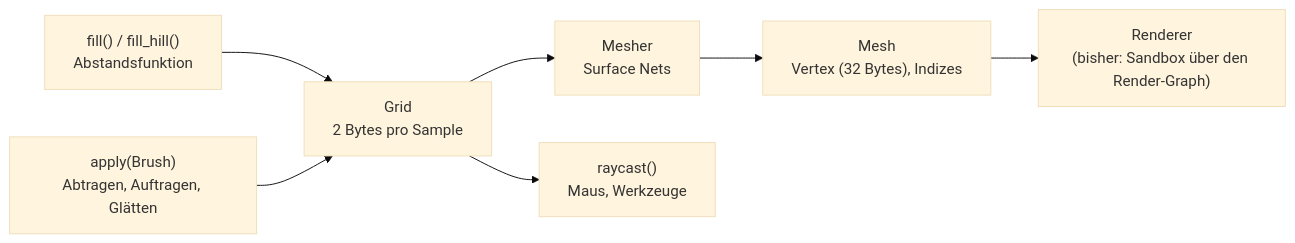
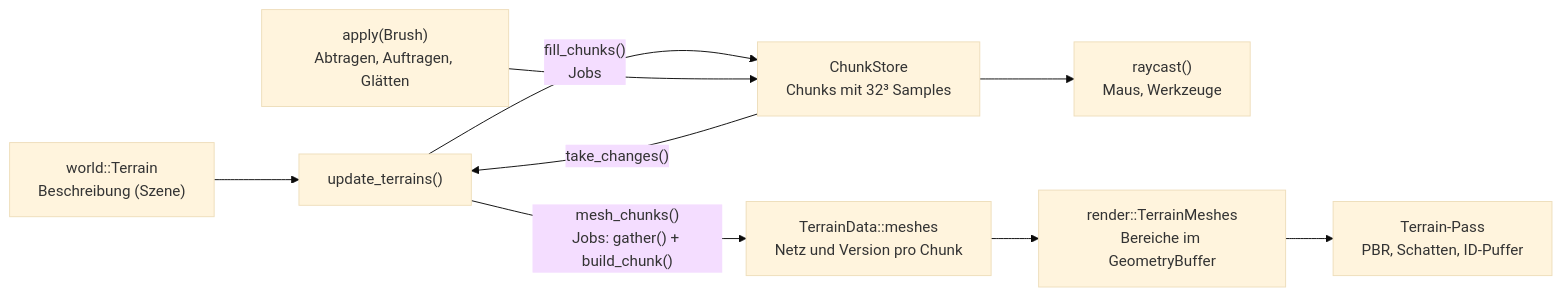
Diagram 12 of 14 in docs/architecture.md (viiez/ngine), drawn with Mermaid (base theme) before and after one commit. The commit also changed other lines of this file and 56 other files, not shown here.

First line of the commit message:
R3.1: Chunks und Meshing in Jobs

````diff
--- a/docs/architecture.md
+++ b/docs/architecture.md
@@ -498,9 +510,11 @@
 ```mermaid
 flowchart LR
-    fill["fill() / fill_hill()<br/>Abstandsfunktion"] --> grid["Grid<br/>2 Bytes pro Sample"]
-    brush["apply(Brush)<br/>Abtragen, Auftragen, Glätten"] --> grid
-    grid --> mesher["Mesher<br/>Surface Nets"]
-    mesher --> mesh["Mesh<br/>Vertex (32 Bytes), Indizes"]
-    grid --> ray["raycast()<br/>Maus, Werkzeuge"]
-    mesh --> renderer["Renderer<br/>(bisher: Sandbox über den Render-Graph)"]
+    terrain["world::Terrain<br/>Beschreibung (Szene)"] --> update["update_terrains()"]
+    update -->|"fill_chunks()<br/>Jobs"| store["ChunkStore<br/>Chunks mit 32³ Samples"]
+    brush["apply(Brush)<br/>Abtragen, Auftragen, Glätten"] --> store
+    store -->|"take_changes()"| update
+    update -->|"mesh_chunks()<br/>Jobs: gather() + build_chunk()"| meshes["TerrainData::meshes<br/>Netz und Version pro Chunk"]
+    store --> ray["raycast()<br/>Maus, Werkzeuge"]
+    meshes --> gpu["render::TerrainMeshes<br/>Bereiche im GeometryBuffer"]
+    gpu --> pass["Terrain-Pass<br/>PBR, Schatten, ID-Puffer"]
 ```
````
